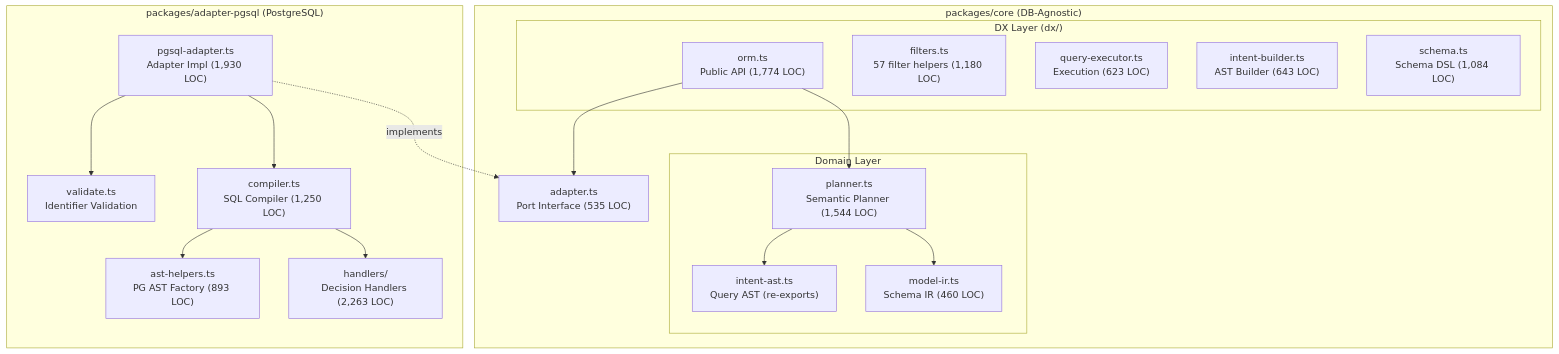
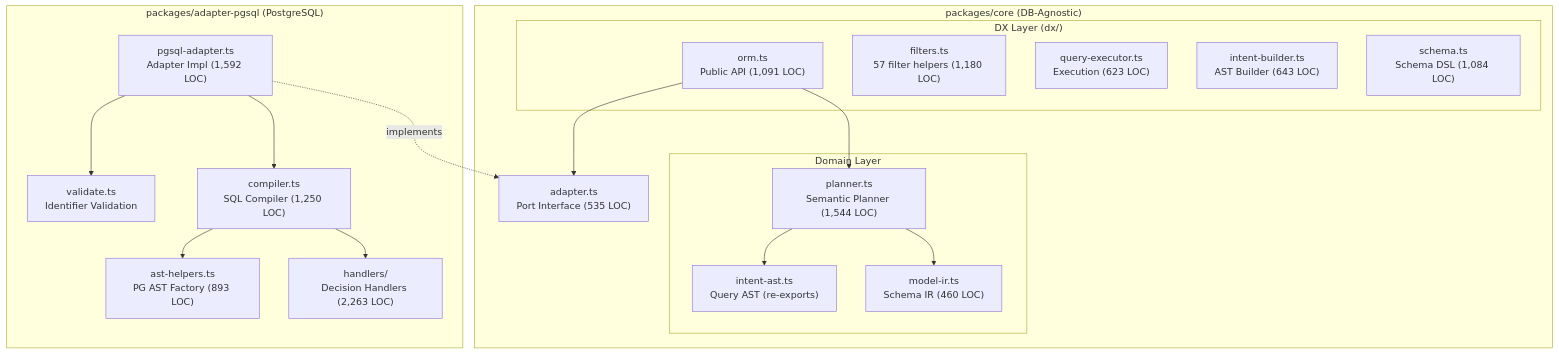
Before and after one commit to oorabona/db-semantic-planner: the second of 4 diagrams in docs/audit/ARCHITECTURE.md, drawn with Mermaid. The commit also changed other lines of this file and 8 other files, not shown here.

````diff
--- a/docs/audit/ARCHITECTURE.md
+++ b/docs/audit/ARCHITECTURE.md
@@ -40,38 +40,38 @@
 ```mermaid
 graph TB
     subgraph "packages/core (DB-Agnostic)"
         subgraph "Domain Layer"
             ModelIR["model-ir.ts<br/>Schema IR (460 LOC)"]
             IntentAST["intent-ast.ts<br/>Query AST (re-exports)"]
             Planner["planner.ts<br/>Semantic Planner (1,544 LOC)"]
         end
 
         subgraph "DX Layer (dx/)"
-            ORM["orm.ts<br/>Public API (1,774 LOC)"]
+            ORM["orm.ts<br/>Public API (1,091 LOC)"]
             Filters["filters.ts<br/>57 filter helpers (1,180 LOC)"]
             QueryExec["query-executor.ts<br/>Execution (623 LOC)"]
             IntentBuilder["intent-builder.ts<br/>AST Builder (643 LOC)"]
             SchemaDSL["schema.ts<br/>Schema DSL (1,084 LOC)"]
         end
 
         AdapterIF["adapter.ts<br/>Port Interface (535 LOC)"]
     end
 
     subgraph "packages/adapter-pgsql (PostgreSQL)"
-        PgsqlAdapter["pgsql-adapter.ts<br/>Adapter Impl (1,930 LOC)"]
+        PgsqlAdapter["pgsql-adapter.ts<br/>Adapter Impl (1,592 LOC)"]
         Compiler["compiler.ts<br/>SQL Compiler (1,250 LOC)"]
         Handlers["handlers/<br/>Decision Handlers (2,263 LOC)"]
         ASTHelpers["ast-helpers.ts<br/>PG AST Factory (893 LOC)"]
         Validate["validate.ts<br/>Identifier Validation"]
     end
 
     ORM --> Planner
     ORM --> AdapterIF
     Planner --> ModelIR
     Planner --> IntentAST
     PgsqlAdapter -.->|implements| AdapterIF
     PgsqlAdapter --> Compiler
     Compiler --> Handlers
     Compiler --> ASTHelpers
     PgsqlAdapter --> Validate
 ```
````
